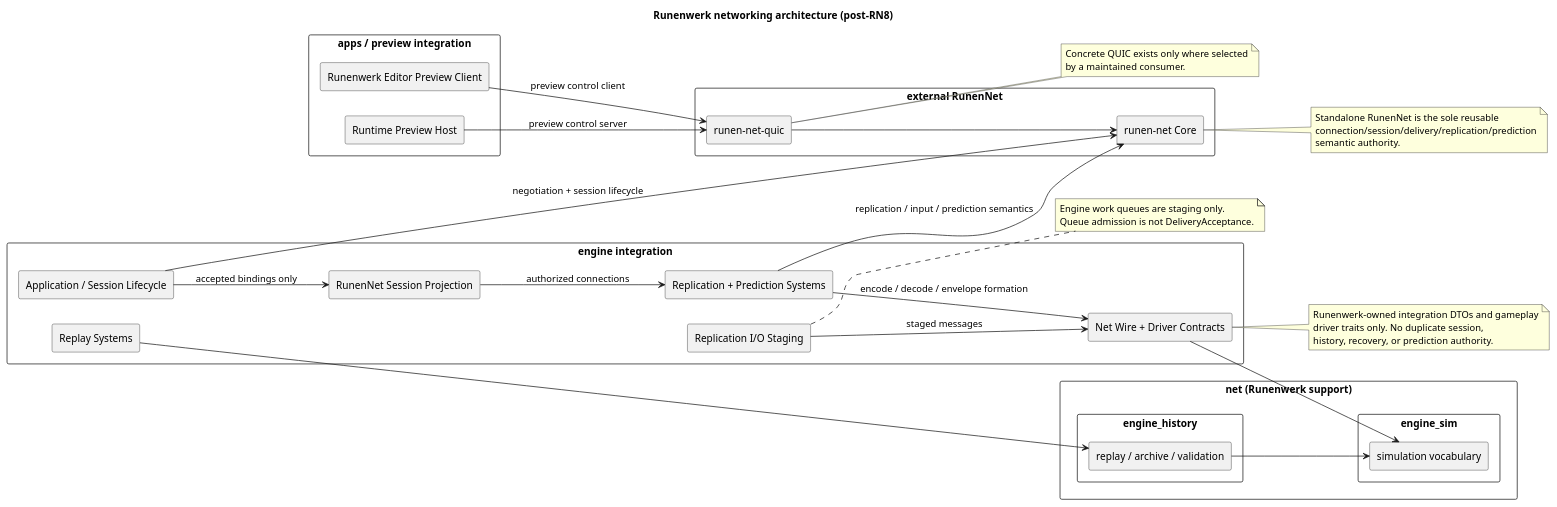
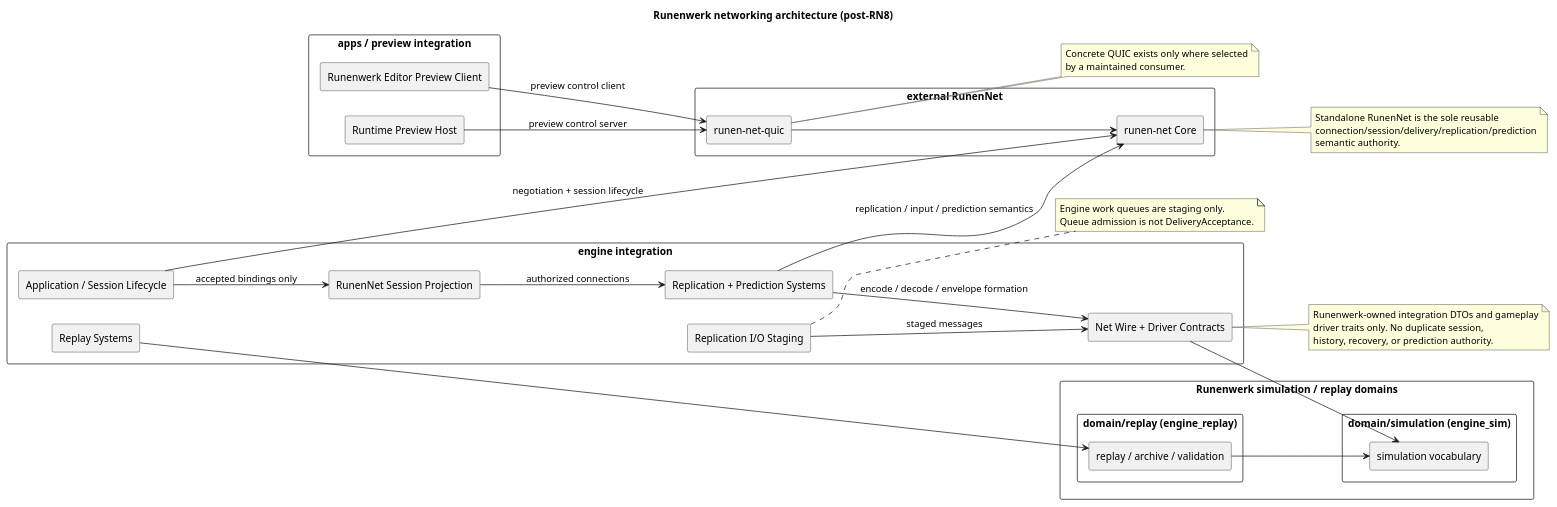
One commit to dornglut/runenwerk changed the diagram in net/architecture.puml. Above: the diagram before and after it, drawn with PlantUML. The commit also changed 41 other files, not shown here.

Commit message:
[Simulation/Replay] Rehome local simulation and replay authority (#944)

```diff
--- a/net/architecture.puml
+++ b/net/architecture.puml
@@ -1,73 +1,73 @@
 @startuml
 title Runenwerk networking architecture (post-RN8)
 
 skinparam componentStyle rectangle
 skinparam packageStyle rectangle
 left to right direction
 
 package "apps / preview integration" {
   [Runenwerk Editor Preview Client] as preview_client
   [Runtime Preview Host] as preview_host
 }
 
 package "engine integration" {
   [Application / Session Lifecycle] as engine_session
   [RunenNet Session Projection] as session_projection
   [Net Wire + Driver Contracts] as engine_contracts
   [Replication + Prediction Systems] as engine_replication
   [Replication I/O Staging] as engine_io
   [Replay Systems] as engine_replay
 }
 
 package "external RunenNet" {
   [runen-net Core] as runennet_core
   [runen-net-quic] as runennet_quic
 }
 
-package "net (Runenwerk support)" {
-  package "engine_sim" {
+package "Runenwerk simulation / replay domains" {
+  package "domain/simulation (engine_sim)" {
     [simulation vocabulary] as sim
   }
 
-  package "engine_history" {
+  package "domain/replay (engine_replay)" {
     [replay / archive / validation] as history
   }
 }
 
 preview_client --> runennet_quic : preview control client
 preview_host --> runennet_quic : preview control server
 runennet_quic --> runennet_core
 
 engine_session --> runennet_core : negotiation + session lifecycle
 engine_session --> session_projection : accepted bindings only
 session_projection --> engine_replication : authorized connections
 engine_replication --> runennet_core : replication / input / prediction semantics
 engine_replication --> engine_contracts : encode / decode / envelope formation
 engine_io --> engine_contracts : staged messages
 engine_contracts --> sim
 engine_replay --> history
 history --> sim
 
 note right of runennet_core
 Standalone RunenNet is the sole reusable
 connection/session/delivery/replication/prediction
 semantic authority.
 end note
 
 note right of engine_contracts
 Runenwerk-owned integration DTOs and gameplay
 driver traits only. No duplicate session,
 history, recovery, or prediction authority.
 end note
 
 note right of engine_io
 Engine work queues are staging only.
 Queue admission is not DeliveryAcceptance.
 end note
 
 note right of runennet_quic
 Concrete QUIC exists only where selected
 by a maintained consumer.
 end note
 
 @enduml
```
